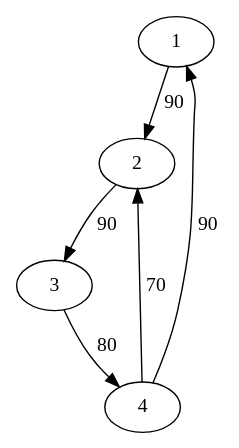
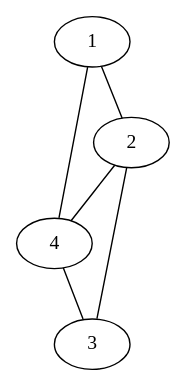
One commit to vinicius-de-souza/graphapplication changed the diagram in testes/grafo1.dot. Above: the diagram before and after it, drawn with Graphviz. The commit also changed 14 other files, not shown here.

```diff
--- a/testes/grafo1.dot
+++ b/testes/grafo1.dot
@@ -1,9 +1,15 @@
-strict digraph G {
+strict graph G { 
+ 
 
-    1 ->  2 [label=" 90"]
-    2 ->  3 [label=" 90"]
-    3 ->  4 [label=" 80"]
-    4 ->  1 [label=" 90"]
-    4 ->  2 [label=" 70"]
+    1 --  2
+    1 --  4
+    2 --  1
+    2 --  4
+    2 --  3
+    4 --  1
+    4 --  2
+    4 --  3
+    3 --  2
+    3 --  4
 
  }
```
